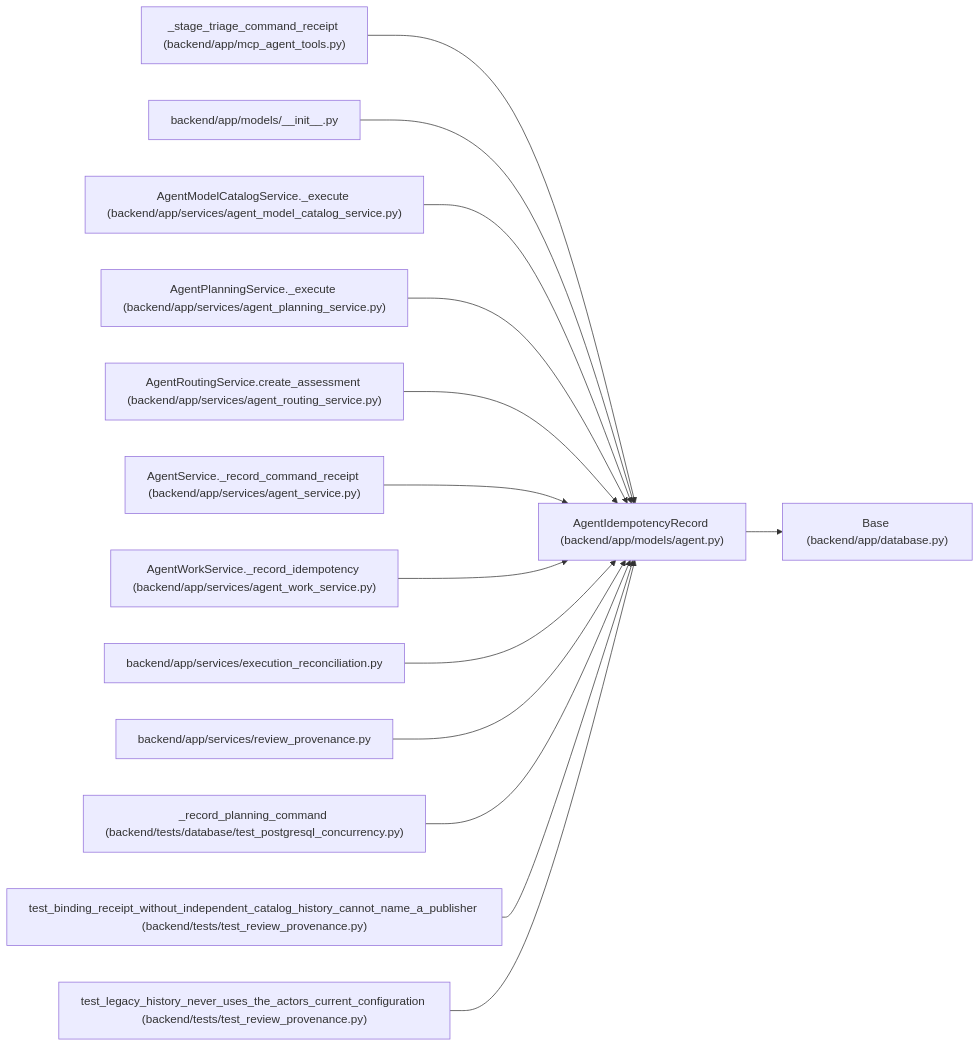
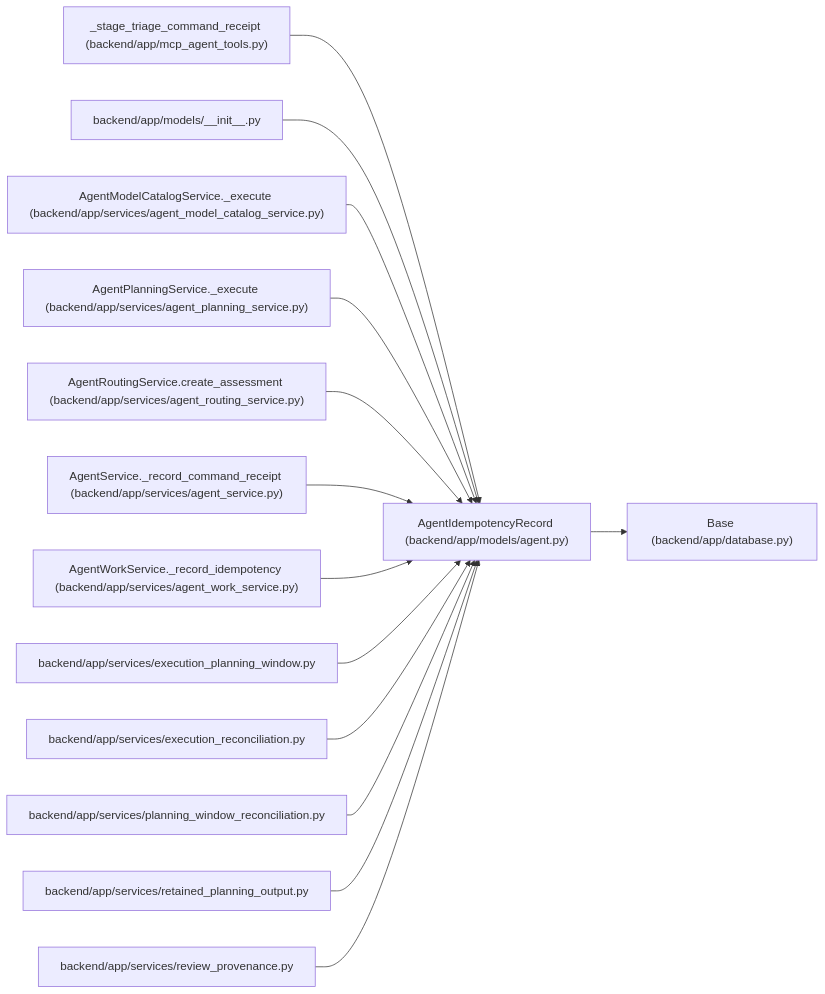
Before and after one commit to Denissvgn/WorkChord: the diagram in docs/llm_wiki/entities/AgentIdempotencyRecord.md, drawn with Mermaid. The commit also changed other lines of this file and 868 other files, not shown here.

Commit message:
Document authenticated planning-window recovery and retained worker evidence

````diff
--- a/docs/llm_wiki/entities/AgentIdempotencyRecord.md
+++ b/docs/llm_wiki/entities/AgentIdempotencyRecord.md
@@ -33,44 +33,44 @@
 ```mermaid
 flowchart LR
     n0["AgentIdempotencyRecord (backend/app/models/agent.py)"]
     n1["Base (backend/app/database.py)"]
     n2["_stage_triage_command_receipt (backend/app/mcp_agent_tools.py)"]
     n3["backend/app/models/__init__.py"]
     n4["AgentModelCatalogService._execute (backend/app/services/agent_model_catalog_service.py)"]
     n5["AgentPlanningService._execute (backend/app/services/agent_planning_service.py)"]
     n6["AgentRoutingService.create_assessment (backend/app/services/agent_routing_service.py)"]
     n7["AgentService._record_command_receipt (backend/app/services/agent_service.py)"]
     n8["AgentWorkService._record_idempotency (backend/app/services/agent_work_service.py)"]
-    n9["backend/app/services/execution_reconciliation.py"]
-    n10["backend/app/services/review_provenance.py"]
-    n11["_record_planning_command (backend/tests/database/test_postgresql_concurrency.py)"]
-    n12["test_binding_receipt_without_independent_catalog_history_cannot_name_a_publisher (backend/tests/test_review_provenance.py)"]
-    n13["test_legacy_history_never_uses_the_actors_current_configuration (backend/tests/test_review_provenance.py)"]
+    n9["backend/app/services/execution_planning_window.py"]
+    n10["backend/app/services/execution_reconciliation.py"]
+    n11["backend/app/services/planning_window_reconciliation.py"]
+    n12["backend/app/services/retained_planning_output.py"]
+    n13["backend/app/services/review_provenance.py"]
     n0 --> n1
     n2 --> n0
     n3 --> n0
     n4 --> n0
     n5 --> n0
     n6 --> n0
     n7 --> n0
     n8 --> n0
     n9 --> n0
     n10 --> n0
     n11 --> n0
     n12 --> n0
     n13 --> n0
     click n0 "../modules/models_agent.md"
     click n1 "../modules/app_database.md"
     click n2 "../modules/mcp_agent_tools.md"
     click n3 "../modules/models___init__.md"
     click n4 "../modules/agent_model_catalog_service.md"
     click n5 "../modules/agent_planning_service.md"
     click n6 "../modules/agent_routing_service.md"
     click n7 "../modules/agent_service.md"
     click n8 "../modules/agent_work_service.md"
-    click n9 "../modules/execution_reconciliation.md"
-    click n10 "../modules/review_provenance.md"
-    click n11 "../modules/test_postgresql_concurrency.md"
-    click n12 "../modules/test_review_provenance.md"
-    click n13 "../modules/test_review_provenance.md"
+    click n9 "../modules/execution_planning_window.md"
+    click n10 "../modules/execution_reconciliation.md"
+    click n11 "../modules/planning_window_reconciliation.md"
+    click n12 "../modules/retained_planning_output.md"
+    click n13 "../modules/review_provenance.md"
 ```
````
